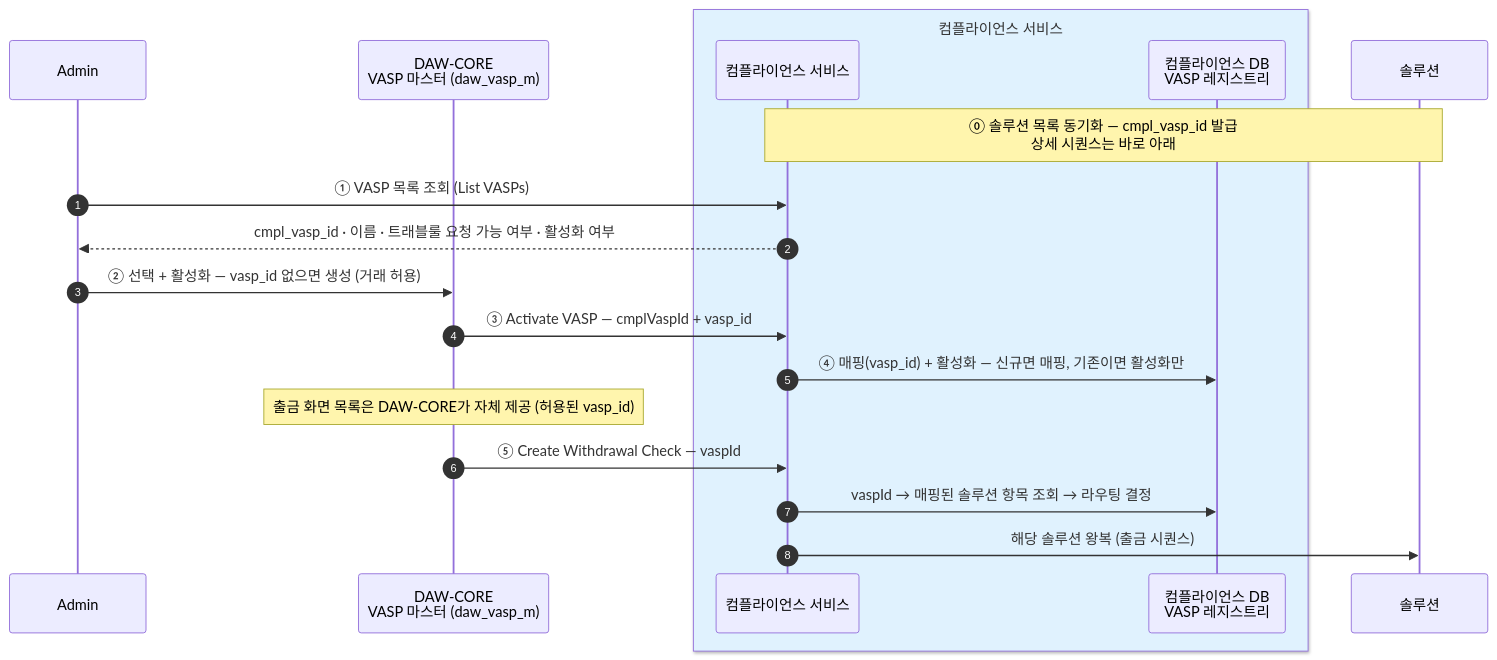
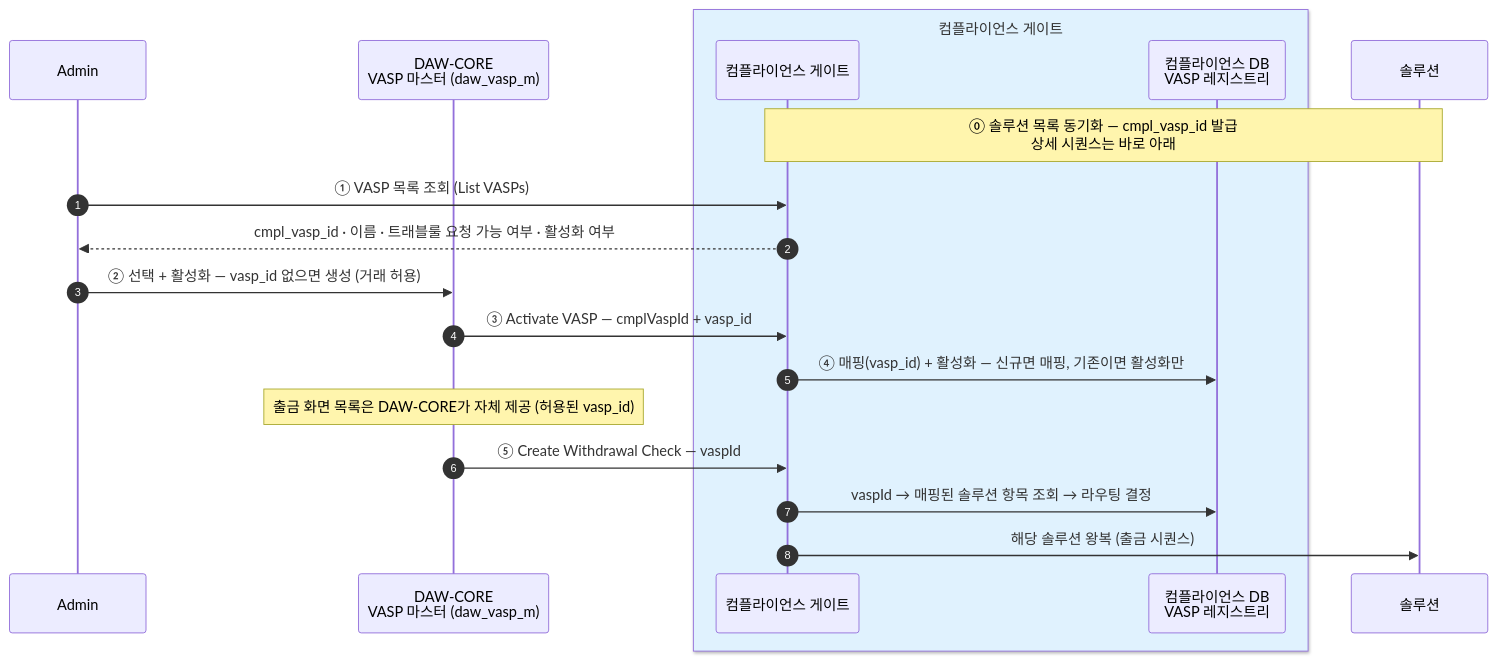
The first of 3 diagrams in blockchain-manager/docs/컴플라이언스/설계/03-operations.md (eunsujeo/eunpus), drawn with Mermaid before and after one commit. The commit also changed other lines of this file and 47 other files, not shown here.

First line of the commit message:
웹훅 상세 설계 + BC 카테고리 개편 + ERD·시나리오 애니메이션 도구

````diff
--- a/blockchain-manager/docs/컴플라이언스/설계/03-operations.md
+++ b/blockchain-manager/docs/컴플라이언스/설계/03-operations.md
@@ -25,22 +25,22 @@
 ```mermaid
 sequenceDiagram
     autonumber
     participant ADM as Admin
     participant WB as DAW-CORE<br/>VASP 마스터 (daw_vasp_m)
-    box rgb(224,242,254) 컴플라이언스 서비스
-    participant CP as 컴플라이언스 서비스
+    box rgb(224,242,254) 컴플라이언스 게이트
+    participant CP as 컴플라이언스 게이트
     participant CDB as 컴플라이언스 DB<br/>VASP 레지스트리
     end
     participant SOL as 솔루션
 
     Note over CP,SOL: ⓪ 솔루션 목록 동기화 — cmpl_vasp_id 발급<br/>상세 시퀀스는 바로 아래
     ADM->>CP: ① VASP 목록 조회 (List VASPs)
     CP-->>ADM: cmpl_vasp_id · 이름 · 트래블룰 요청 가능 여부 · 활성화 여부
     ADM->>WB: ② 선택 + 활성화 — vasp_id 없으면 생성 (거래 허용)
     WB->>CP: ③ Activate VASP — cmplVaspId + vasp_id
     CP->>CDB: ④ 매핑(vasp_id) + 활성화 — 신규면 매핑, 기존이면 활성화만
     Note over WB: 출금 화면 목록은 DAW-CORE가 자체 제공 (허용된 vasp_id)
     WB->>CP: ⑤ Create Withdrawal Check — vaspId
     CP->>CDB: vaspId → 매핑된 솔루션 항목 조회 → 라우팅 결정
     CP->>SOL: 해당 솔루션 왕복 (출금 시퀀스)
 ```
````
